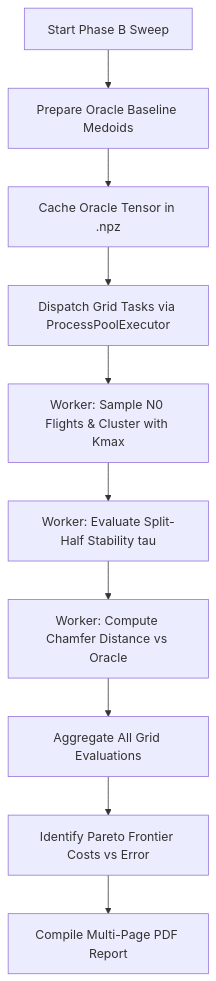
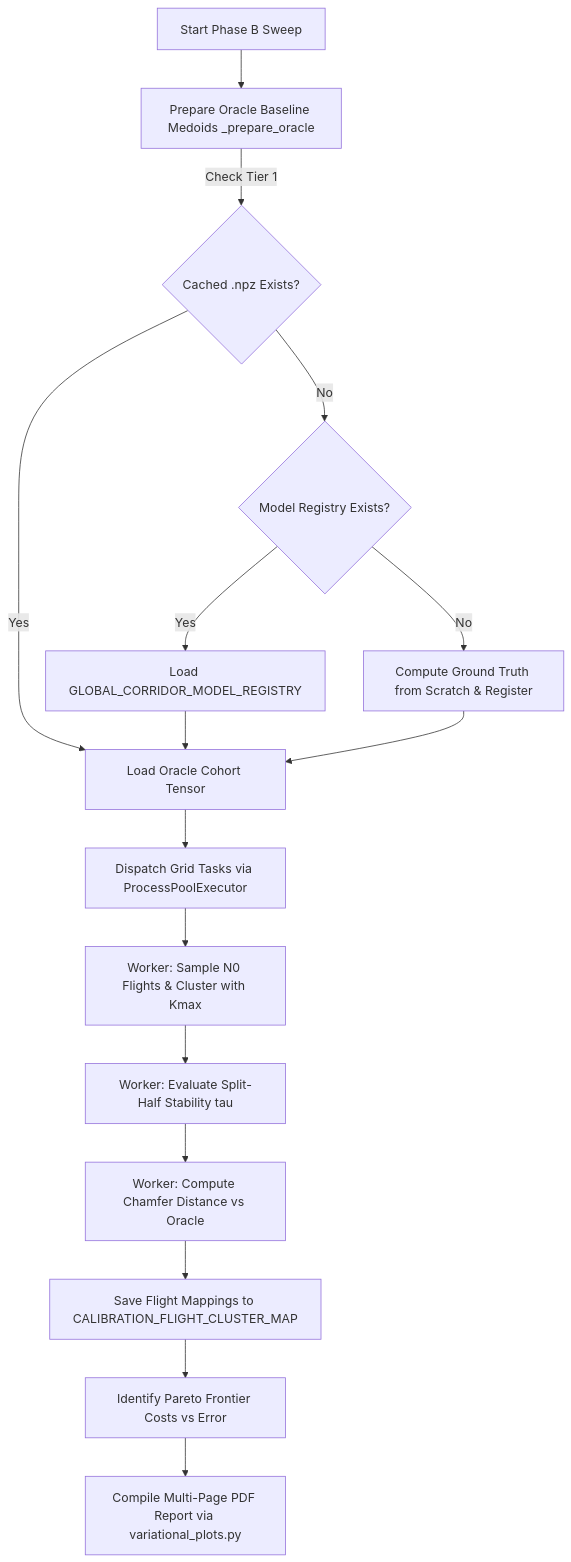
One commit to Bauzement123/flight-physics-pipeline changed the second of 2 diagrams in src/analysis/campaigns/variational/README.md. Above: the diagram before and after it, drawn with Mermaid. The commit also changed other lines of this file and 16 other files, not shown here.

````diff
--- a/src/analysis/campaigns/variational/README.md
+++ b/src/analysis/campaigns/variational/README.md
@@ -84,12 +85,18 @@
 ```mermaid
 flowchart TD
-    A[Start Phase B Sweep] --> B[Prepare Oracle Baseline Medoids]
-    B --> C[Cache Oracle Tensor in .npz]
-    C --> D[Dispatch Grid Tasks via ProcessPoolExecutor]
-    D --> E[Worker: Sample N0 Flights & Cluster with Kmax]
-    E --> F[Worker: Evaluate Split-Half Stability tau]
-    F --> G[Worker: Compute Chamfer Distance vs Oracle]
-    G --> H[Aggregate All Grid Evaluations]
-    H --> I[Identify Pareto Frontier Costs vs Error]
-    I --> J[Compile Multi-Page PDF Report]
+    A[Start Phase B Sweep] --> B[Prepare Oracle Baseline Medoids _prepare_oracle]
+    B -->|Check Tier 1| C1{Cached .npz Exists?}
+    C1 -->|Yes| D[Load Oracle Cohort Tensor]
+    C1 -->|No| C2{Model Registry Exists?}
+    C2 -->|Yes| LoadReg[Load GLOBAL_CORRIDOR_MODEL_REGISTRY]
+    C2 -->|No| Scratch[Compute Ground Truth from Scratch & Register]
+    LoadReg --> D
+    Scratch --> D
+    D --> E[Dispatch Grid Tasks via ProcessPoolExecutor]
+    E --> F[Worker: Sample N0 Flights & Cluster with Kmax]
+    F --> G[Worker: Evaluate Split-Half Stability tau]
+    G --> H[Worker: Compute Chamfer Distance vs Oracle]
+    H --> I[Save Flight Mappings to CALIBRATION_FLIGHT_CLUSTER_MAP]
+    I --> J[Identify Pareto Frontier Costs vs Error]
+    J --> K[Compile Multi-Page PDF Report via variational_plots.py]
 ```
````
